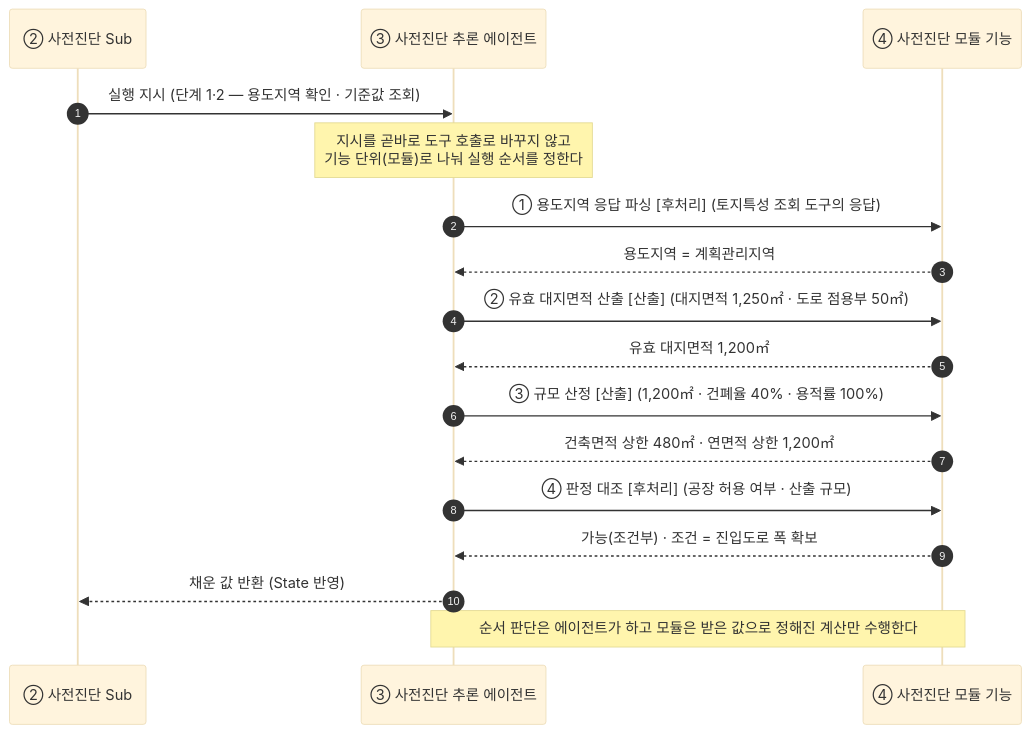
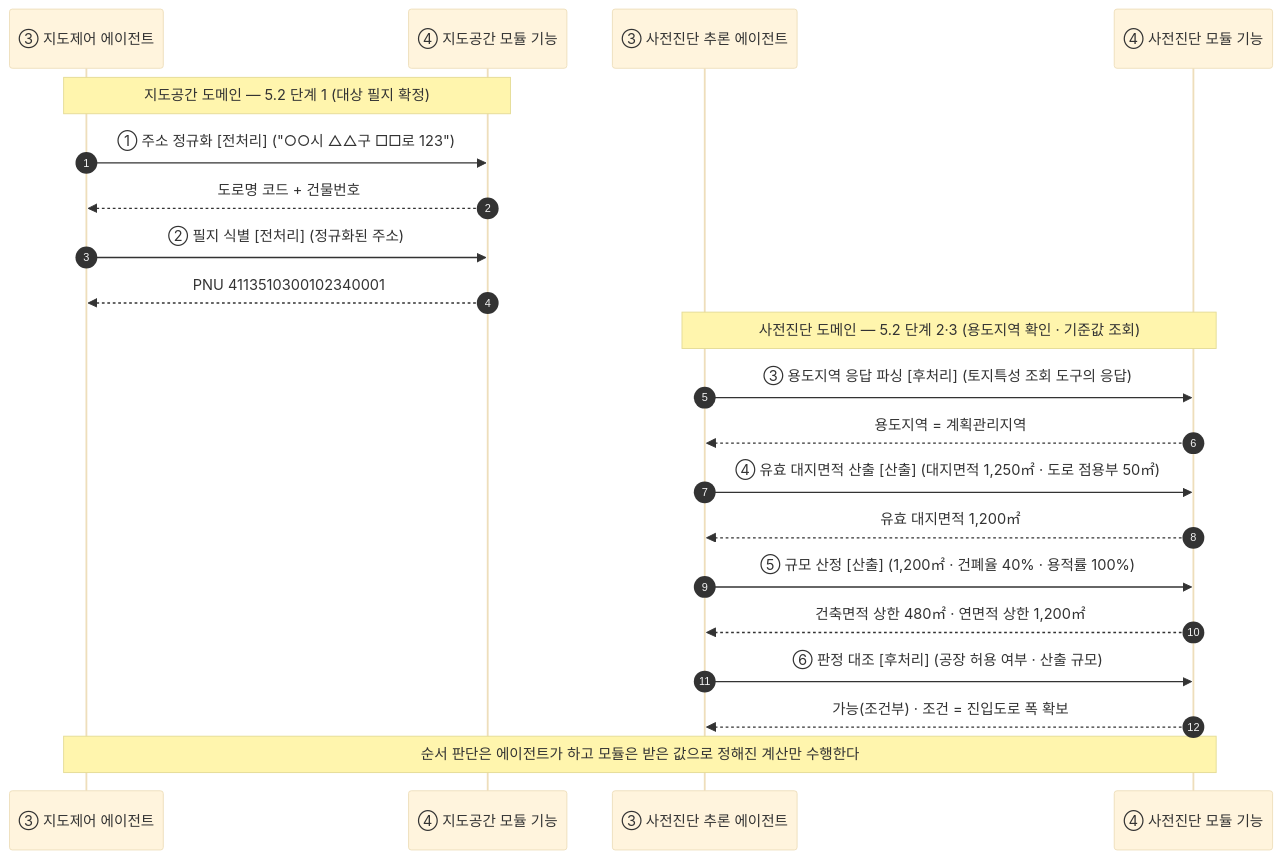
Before and after one commit to madlrengg100/permit-copilot: the tenth of 11 diagrams in docs/MCP-AGENT-SEQUENCE1.md, drawn with Mermaid (base theme). The commit also changed other lines of this file, not shown here.

First line of the commit message:
docs(MCP-AGENT-SEQUENCE1): 5장을 계층 쌍별 5.1~5.4로 재편하고 지운 내용 복구

````diff
--- a/docs/MCP-AGENT-SEQUENCE1.md
+++ b/docs/MCP-AGENT-SEQUENCE1.md
@@ -566,25 +568,32 @@
 ```mermaid
 sequenceDiagram
     autonumber
-    participant SO as ② 사전진단 Sub
-    participant AG as ③ 사전진단 추론 에이전트
-    participant MO as ④ 사전진단 모듈 기능
+    participant AM as ③ 지도제어 에이전트
+    participant MM as ④ 지도공간 모듈 기능
+    participant AD as ③ 사전진단 추론 에이전트
+    participant MD as ④ 사전진단 모듈 기능
 
-    SO->>AG: 실행 지시 (단계 1·2 — 용도지역 확인 · 기준값 조회)
-    Note over AG: 지시를 곧바로 도구 호출로 바꾸지 않고<br/>기능 단위(모듈)로 나눠 실행 순서를 정한다
+    Note over AM,MM: 지도공간 도메인 — 5.2 단계 1 (대상 필지 확정)
 
-    AG->>MO: ① 용도지역 응답 파싱 [후처리] (토지특성 조회 도구의 응답)
-    MO-->>AG: 용도지역 = 계획관리지역
+    AM->>MM: ① 주소 정규화 [전처리] ("○○시 △△구 □□로 123")
+    MM-->>AM: 도로명 코드 + 건물번호
 
-    AG->>MO: ② 유효 대지면적 산출 [산출] (대지면적 1,250㎡ · 도로 점용부 50㎡)
-    MO-->>AG: 유효 대지면적 1,200㎡
+    AM->>MM: ② 필지 식별 [전처리] (정규화된 주소)
+    MM-->>AM: PNU 4113510300102340001
 
-    AG->>MO: ③ 규모 산정 [산출] (1,200㎡ · 건폐율 40% · 용적률 100%)
-    MO-->>AG: 건축면적 상한 480㎡ · 연면적 상한 1,200㎡
+    Note over AD,MD: 사전진단 도메인 — 5.2 단계 2·3 (용도지역 확인 · 기준값 조회)
 
-    AG->>MO: ④ 판정 대조 [후처리] (공장 허용 여부 · 산출 규모)
-    MO-->>AG: 가능(조건부) · 조건 = 진입도로 폭 확보
+    AD->>MD: ③ 용도지역 응답 파싱 [후처리] (토지특성 조회 도구의 응답)
+    MD-->>AD: 용도지역 = 계획관리지역
 
-    AG-->>SO: 채운 값 반환 (State 반영)
-    Note over AG,MO: 순서 판단은 에이전트가 하고 모듈은 받은 값으로 정해진 계산만 수행한다
+    AD->>MD: ④ 유효 대지면적 산출 [산출] (대지면적 1,250㎡ · 도로 점용부 50㎡)
+    MD-->>AD: 유효 대지면적 1,200㎡
+
+    AD->>MD: ⑤ 규모 산정 [산출] (1,200㎡ · 건폐율 40% · 용적률 100%)
+    MD-->>AD: 건축면적 상한 480㎡ · 연면적 상한 1,200㎡
+
+    AD->>MD: ⑥ 판정 대조 [후처리] (공장 허용 여부 · 산출 규모)
+    MD-->>AD: 가능(조건부) · 조건 = 진입도로 폭 확보
+
+    Note over AM,MD: 순서 판단은 에이전트가 하고 모듈은 받은 값으로 정해진 계산만 수행한다
 ```
````
